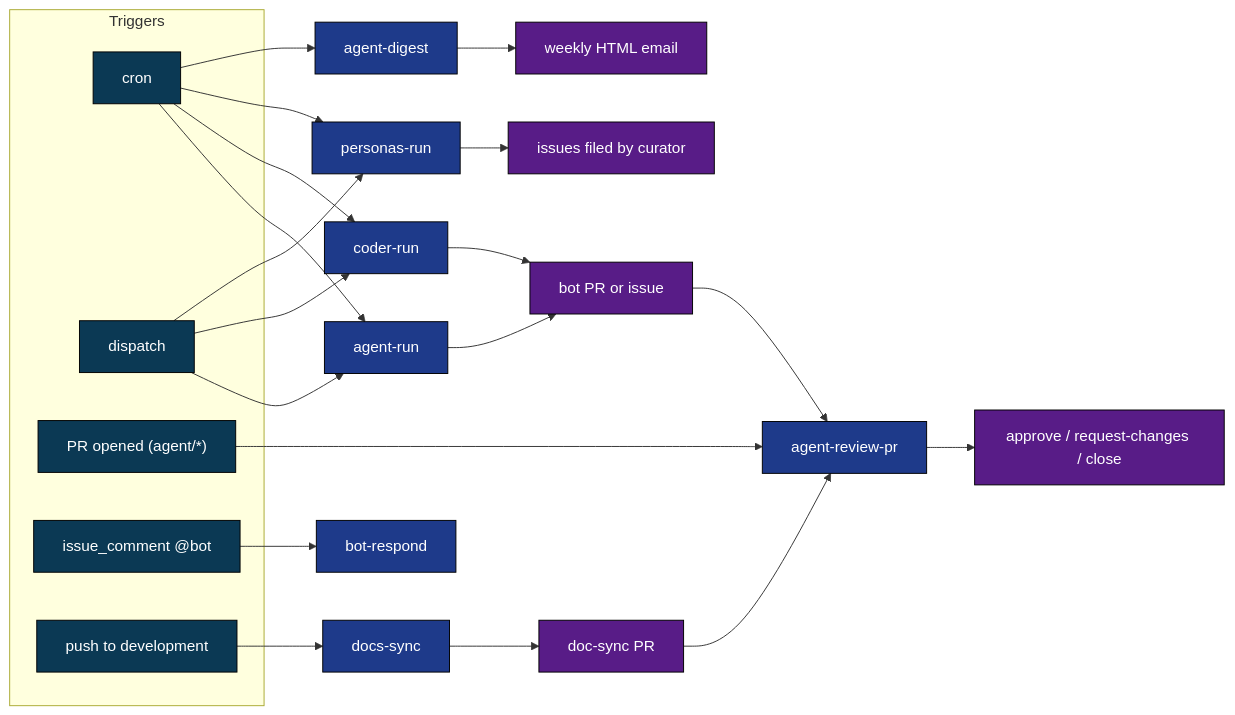
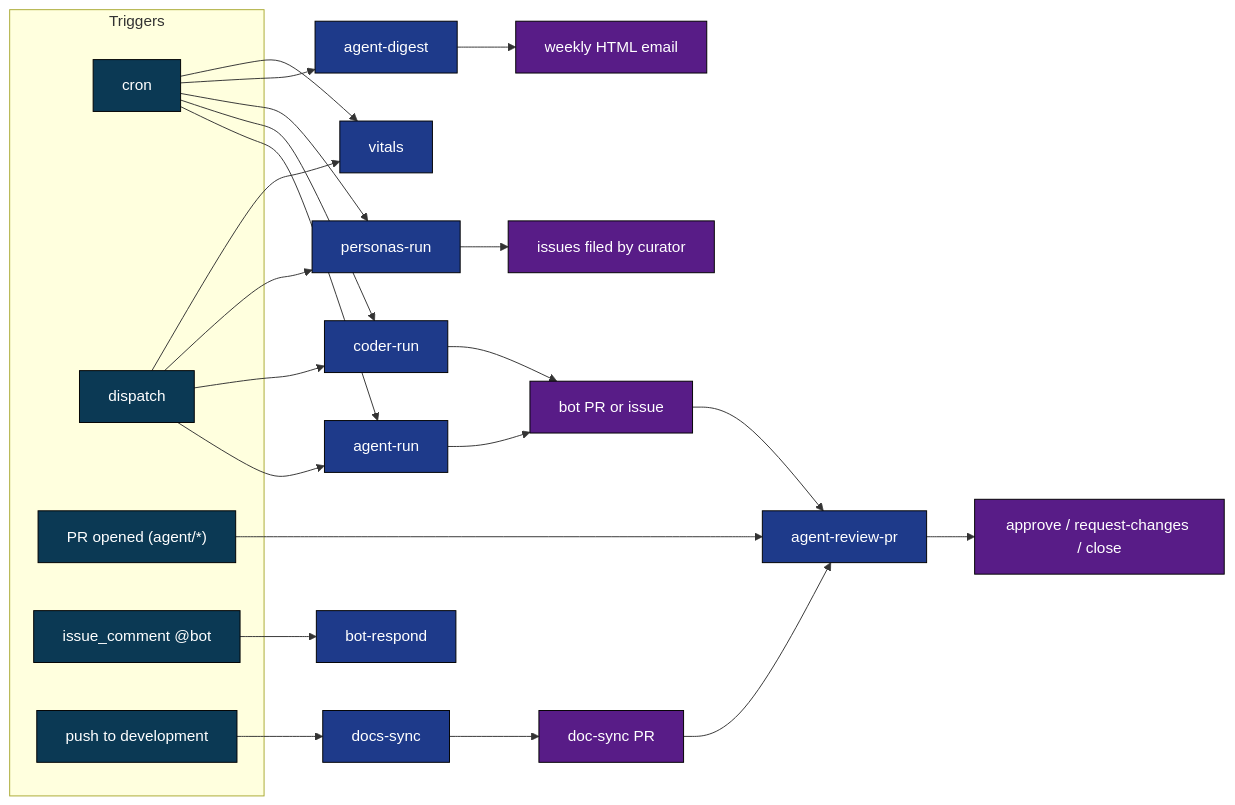
One commit to gregreindel/llm-exe changed the second of 16 diagrams in .github/docs/WORKFLOW_ARCHITECTURE.md. Above: the diagram before and after it, drawn with Mermaid. The commit also changed other lines of this file and 5 other files, not shown here.

````diff
--- a/.github/docs/WORKFLOW_ARCHITECTURE.md
+++ b/.github/docs/WORKFLOW_ARCHITECTURE.md
@@ -71,42 +71,45 @@
 ```mermaid
 flowchart LR
     classDef trig fill:#0b3954,color:#fff,stroke:#000
     classDef job fill:#1e3a8a,color:#fff,stroke:#000
     classDef out fill:#581c87,color:#fff,stroke:#000
 
     subgraph T["Triggers"]
         c[cron]:::trig
         d[dispatch]:::trig
         p["PR opened (agent/*)"]:::trig
         cm["issue_comment @bot"]:::trig
         ph[push to development]:::trig
     end
 
     AR[agent-run]:::job
     CR[coder-run]:::job
     PR[personas-run]:::job
     RV[agent-review-pr]:::job
     DG[agent-digest]:::job
     BR[bot-respond]:::job
     DS[docs-sync]:::job
+    VT[vitals]:::job
 
     c --> AR
     c --> CR
     c --> PR
     c --> DG
+    c --> VT
     d --> AR
     d --> CR
     d --> PR
+    d --> VT
     p --> RV
     cm --> BR
     ph --> DS
 
     AR --> O1[bot PR or issue]:::out
     CR --> O1
     PR --> O2[issues filed by curator]:::out
     DS --> O3[doc-sync PR]:::out
     DG --> O4[weekly HTML email]:::out
     O1 --> RV
     O3 --> RV
     RV --> O5[approve / request-changes / close]:::out
 ```
````
